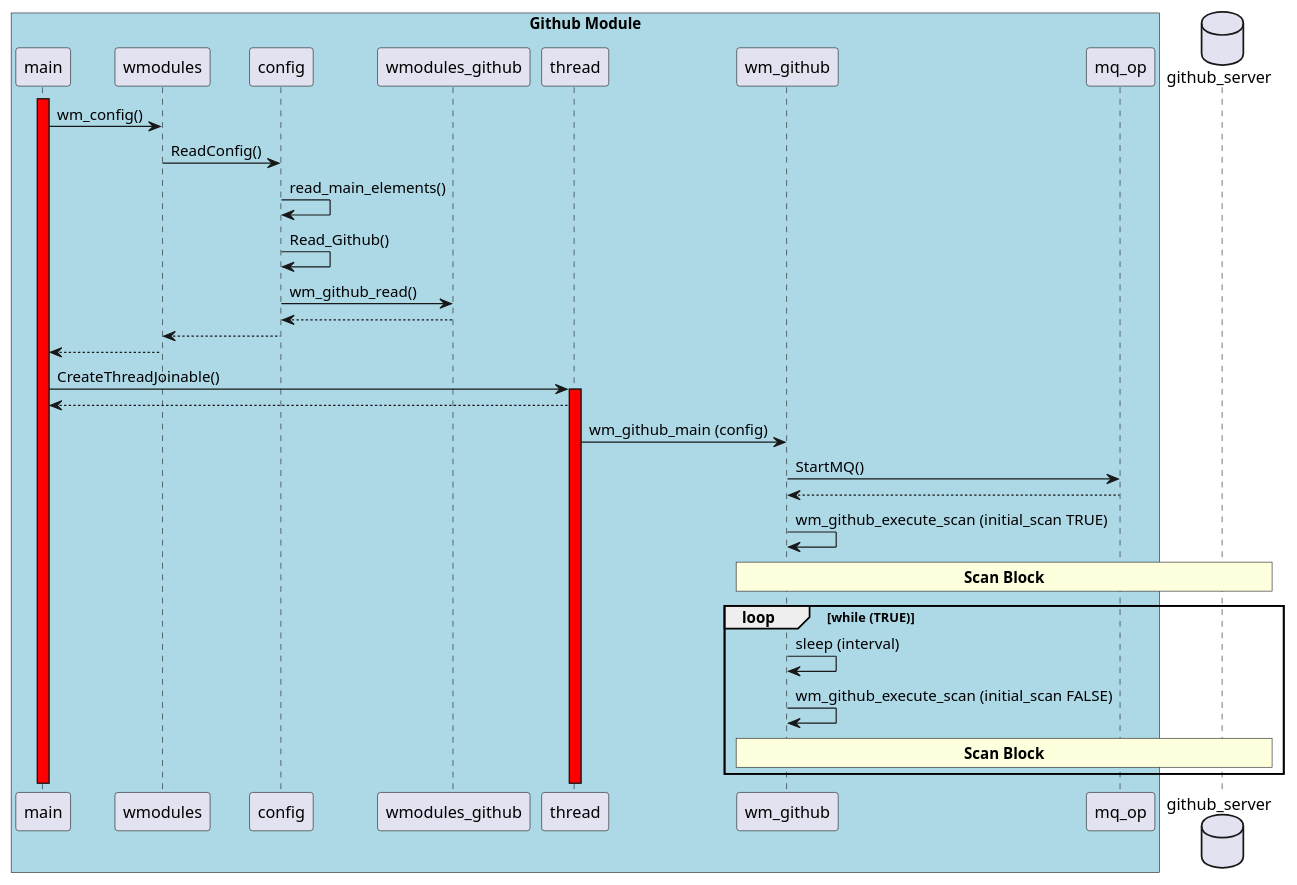
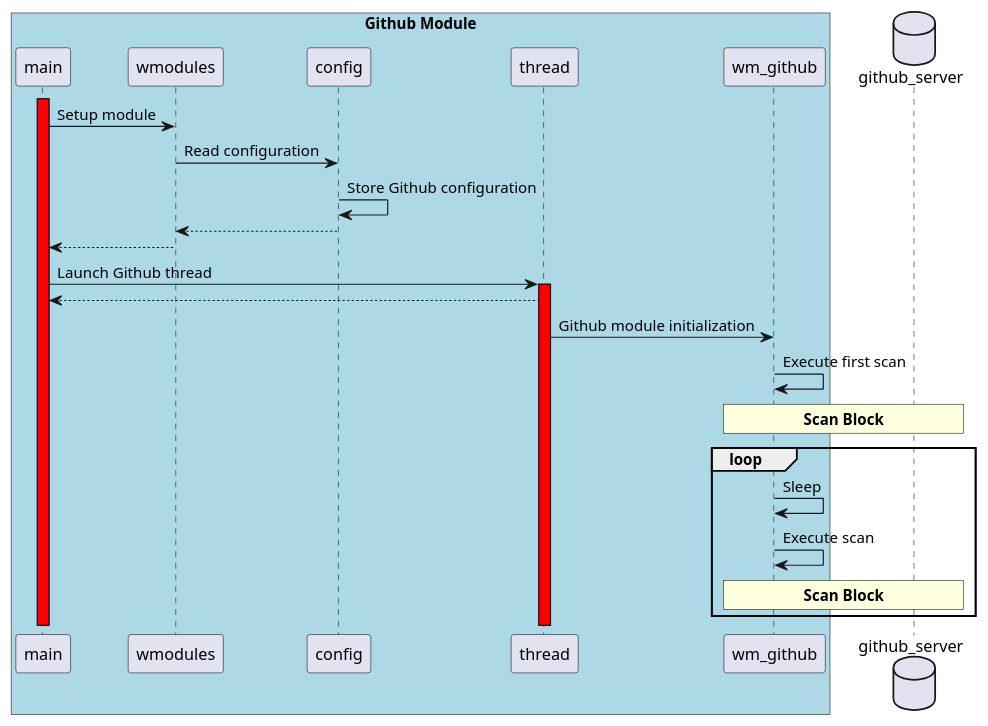
Before and after one commit to wazuh/wazuh-agent: the diagram in architecture/wm_github/001-sequence.puml, drawn with PlantUML. The commit also changed 1 other file, not shown here.

```diff
--- a/architecture/wm_github/001-sequence.puml
+++ b/architecture/wm_github/001-sequence.puml
@@ -4,39 +4,31 @@
 @startuml wm_github
     
     box "Github Module" #LightBlue
     participant main
     participant wmodules
     participant config
-    participant wmodules_github
     participant thread
     participant wm_github
-    participant mq_op
     end box
 
     activate main #Red
-    main -> wmodules : wm_config()
-    wmodules -> config : ReadConfig()
-    config -> config : read_main_elements()
-    config -> config : Read_Github()
-    config -> wmodules_github : wm_github_read()
-    config <-- wmodules_github
+    main -> wmodules : Setup module
+    wmodules -> config : Read configuration
+    config -> config : Store Github configuration
     wmodules <-- config
     main <-- wmodules
 
-    main -> thread ++ #Red : CreateThreadJoinable()
+    main -> thread ++ #Red : Launch Github thread
     main <-- thread
-    thread -> wm_github : wm_github_main (config) 
-    wm_github -> mq_op : StartMQ()
-    wm_github <-- mq_op
-
+    thread -> wm_github : Github module initialization
 
     database github_server
-    wm_github -> wm_github : wm_github_execute_scan (initial_scan TRUE)
+    wm_github -> wm_github : Execute first scan
     rnote over wm_github, github_server: **Scan Block**
     
-    loop while (TRUE)
-        wm_github -> wm_github : sleep (interval)
-        wm_github -> wm_github : wm_github_execute_scan (initial_scan FALSE)
+    loop
+        wm_github -> wm_github : Sleep
+        wm_github -> wm_github : Execute scan
         rnote over wm_github, github_server: **Scan Block**
     end
 @enduml
```
